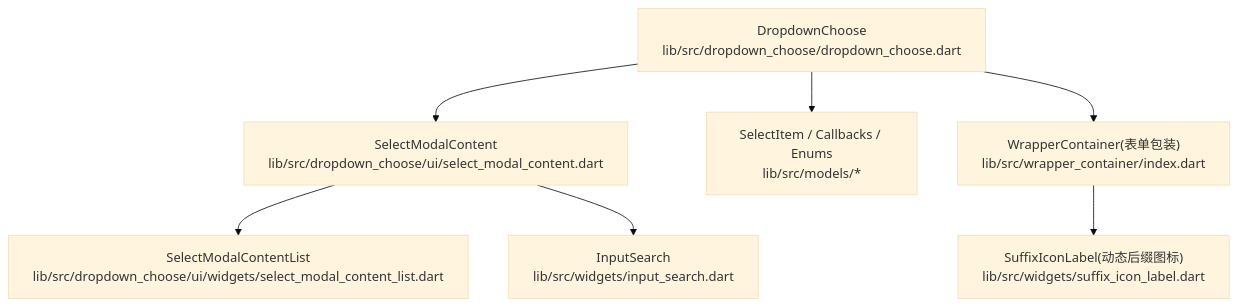
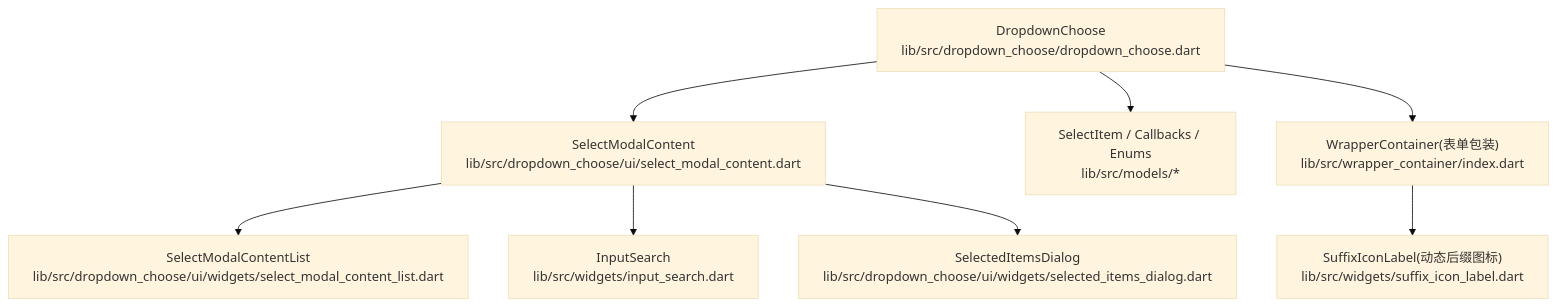
One commit to yuzhido/lite-ui changed the first of 3 diagrams in .qoder/repowiki/zh/content/API 参考/高级组件 API/DropdownChoose 下拉选择器 API.md. Above: the diagram before and after it, drawn with Mermaid (base theme). The commit also changed other lines of this file and 7 other files, not shown here.

````diff
--- a/.qoder/repowiki/zh/content/API 参考/高级组件 API/DropdownChoose 下拉选择器 API.md
+++ b/.qoder/repowiki/zh/content/API 参考/高级组件 API/DropdownChoose 下拉选择器 API.md
@@ -51,9 +53,10 @@
 ```mermaid
 graph TB
 A["DropdownChoose<br/>lib/src/dropdown_choose/dropdown_choose.dart"] --> B["SelectModalContent<br/>lib/src/dropdown_choose/ui/select_modal_content.dart"]
 B --> C["SelectModalContentList<br/>lib/src/dropdown_choose/ui/widgets/select_modal_content_list.dart"]
 B --> D["InputSearch<br/>lib/src/widgets/input_search.dart"]
-A --> E["SelectItem / Callbacks / Enums<br/>lib/src/models/*"]
-A --> F["WrapperContainer(表单包装)<br/>lib/src/wrapper_container/index.dart"]
-F --> G["SuffixIconLabel(动态后缀图标)<br/>lib/src/widgets/suffix_icon_label.dart"]
+B --> E["SelectedItemsDialog<br/>lib/src/dropdown_choose/ui/widgets/selected_items_dialog.dart"]
+A --> F["SelectItem / Callbacks / Enums<br/>lib/src/models/*"]
+A --> G["WrapperContainer(表单包装)<br/>lib/src/wrapper_container/index.dart"]
+G --> H["SuffixIconLabel(动态后缀图标)<br/>lib/src/widgets/suffix_icon_label.dart"]
 ```
````
